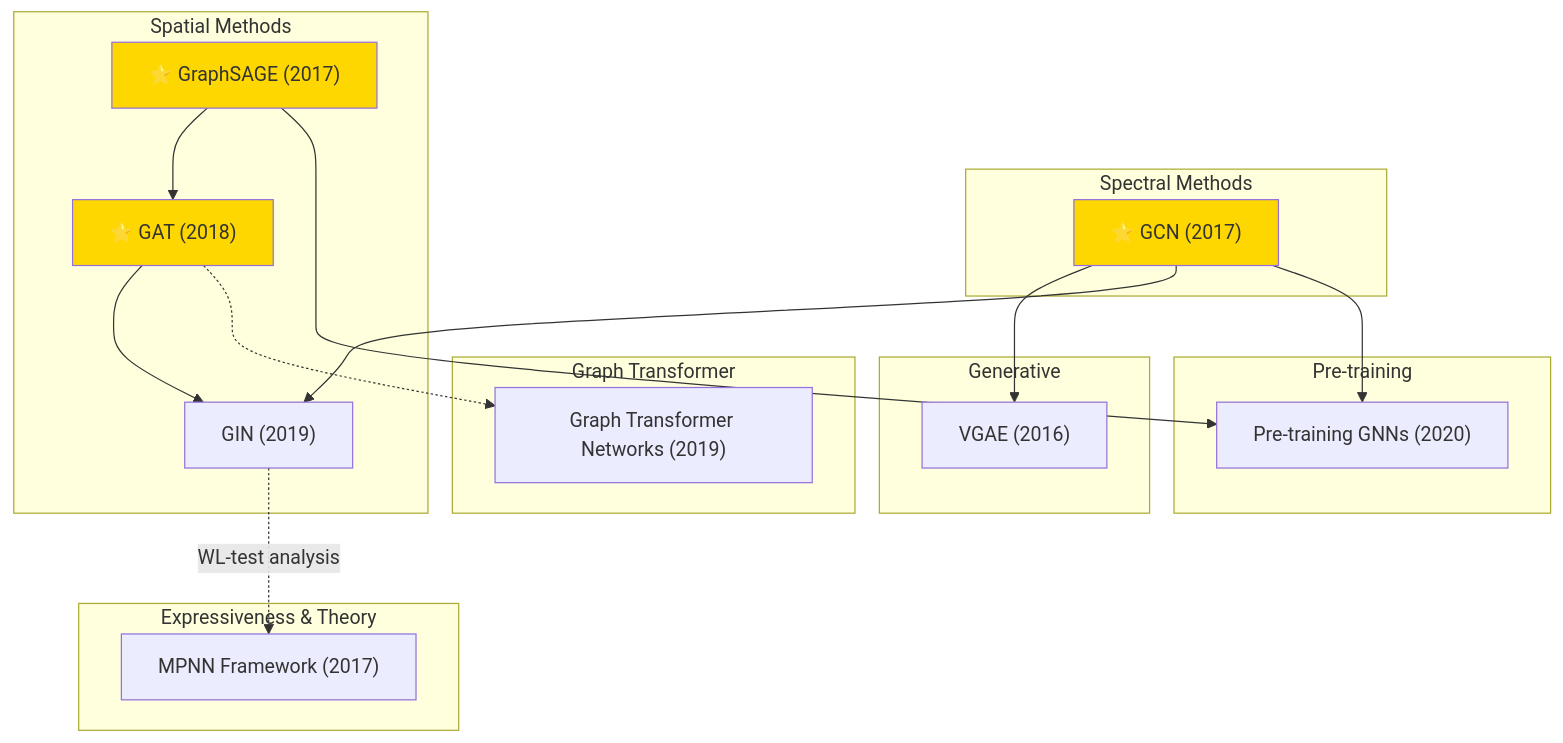
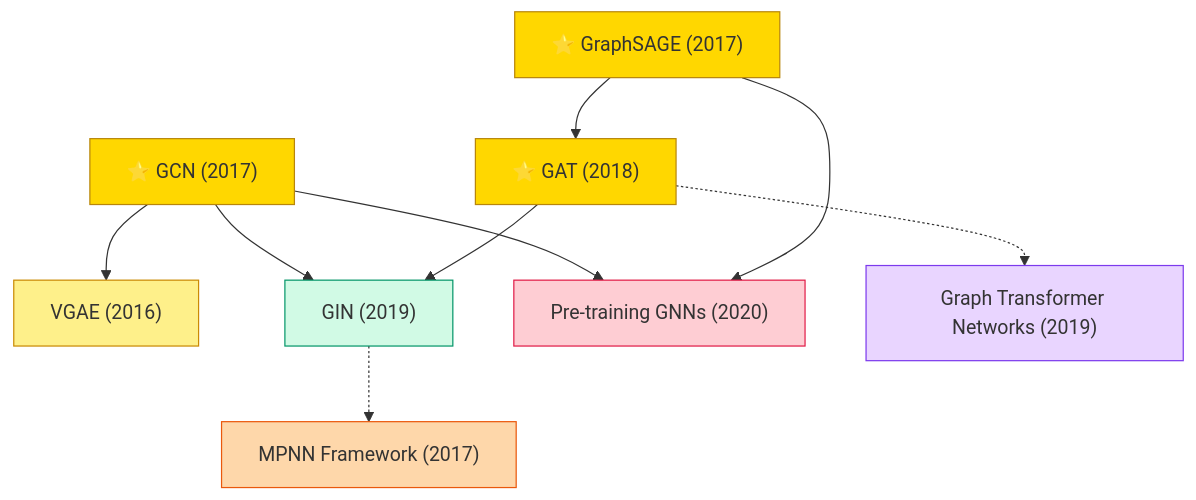
Before and after one commit to zerenzhou/Awesome-Machine-Learning-Papers: the diagram in domains/graph/README.md, drawn with Mermaid. The commit also changed other lines of this file and 14 other files, not shown here.

````diff
--- a/domains/graph/README.md
+++ b/domains/graph/README.md
@@ -7,34 +7,21 @@
 ```mermaid
 graph TD
-    subgraph Spectral Methods
-        GCN["⭐ GCN (2017)"]
-    end
+    classDef spectral fill:#DBEAFE,stroke:#2563EB
+    classDef spatial fill:#D1FAE5,stroke:#059669
+    classDef theory fill:#FED7AA,stroke:#EA580C
+    classDef trans fill:#E9D5FF,stroke:#7C3AED
+    classDef pretrain fill:#FECDD3,stroke:#E11D48
+    classDef gen fill:#FEF08A,stroke:#CA8A04
+    classDef star fill:#FFD700,stroke:#B8860B
 
-    subgraph Spatial Methods
-        GraphSAGE["⭐ GraphSAGE (2017)"]
-        GraphSAGE --> GAT["⭐ GAT (2018)"]
-        GAT --> GIN["GIN (2019)"]
-    end
+    GCN["⭐ GCN (2017)"]:::star --> VGAE["VGAE (2016)"]:::gen
+    GCN --> GIN["GIN (2019)"]:::spatial
+    GCN --> PretrainGNN["Pre-training GNNs (2020)"]:::pretrain
 
-    subgraph Generative
-        GCN --> VGAE["VGAE (2016)"]
-    end
+    GraphSAGE["⭐ GraphSAGE (2017)"]:::star --> GAT["⭐ GAT (2018)"]:::star
+    GAT --> GIN
+    GAT -.-> GTN["Graph Transformer Networks (2019)"]:::trans
+    GraphSAGE --> PretrainGNN
 
-    subgraph Expressiveness & Theory
-        GCN --> GIN
-        GIN -.->|"WL-test analysis"| MPNN["MPNN Framework (2017)"]
-    end
-
-    subgraph Graph Transformer
-        GAT -.-> GTN["Graph Transformer Networks (2019)"]
-    end
-
-    subgraph Pre-training
-        GCN --> PretrainGNN["Pre-training GNNs (2020)"]
-        GraphSAGE --> PretrainGNN
-    end
-
-    style GCN fill:#FFD700
-    style GraphSAGE fill:#FFD700
-    style GAT fill:#FFD700
+    GIN -.-> MPNN["MPNN Framework (2017)"]:::theory
 ```
````
